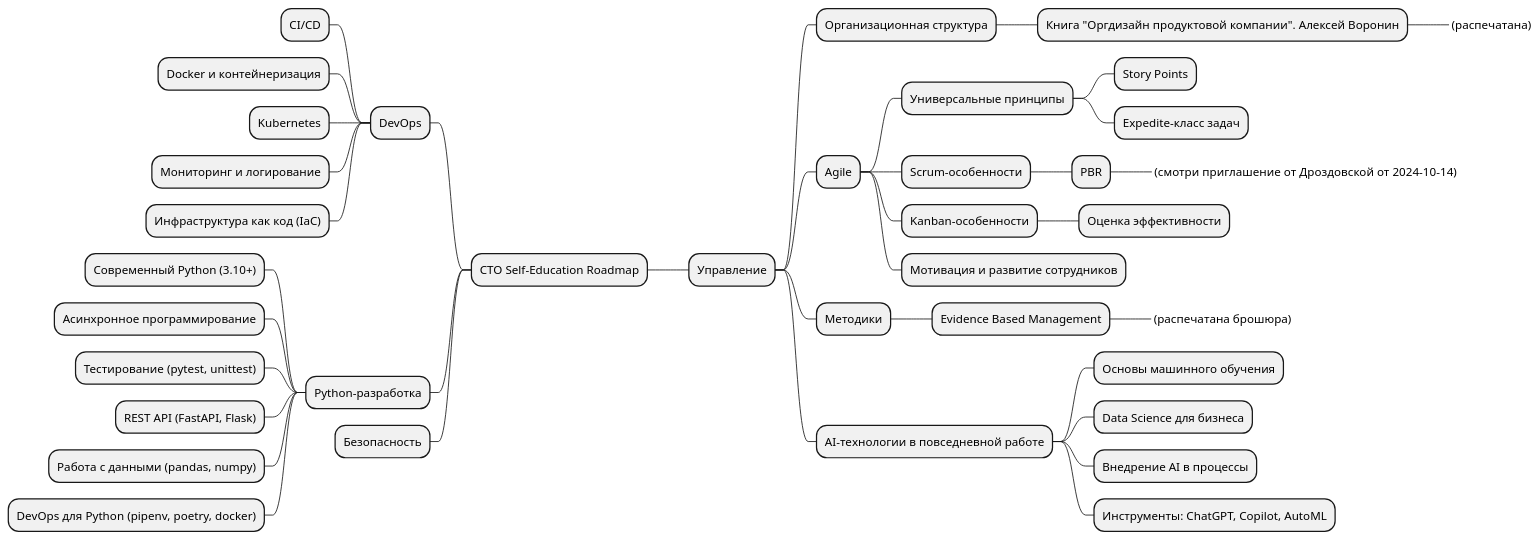
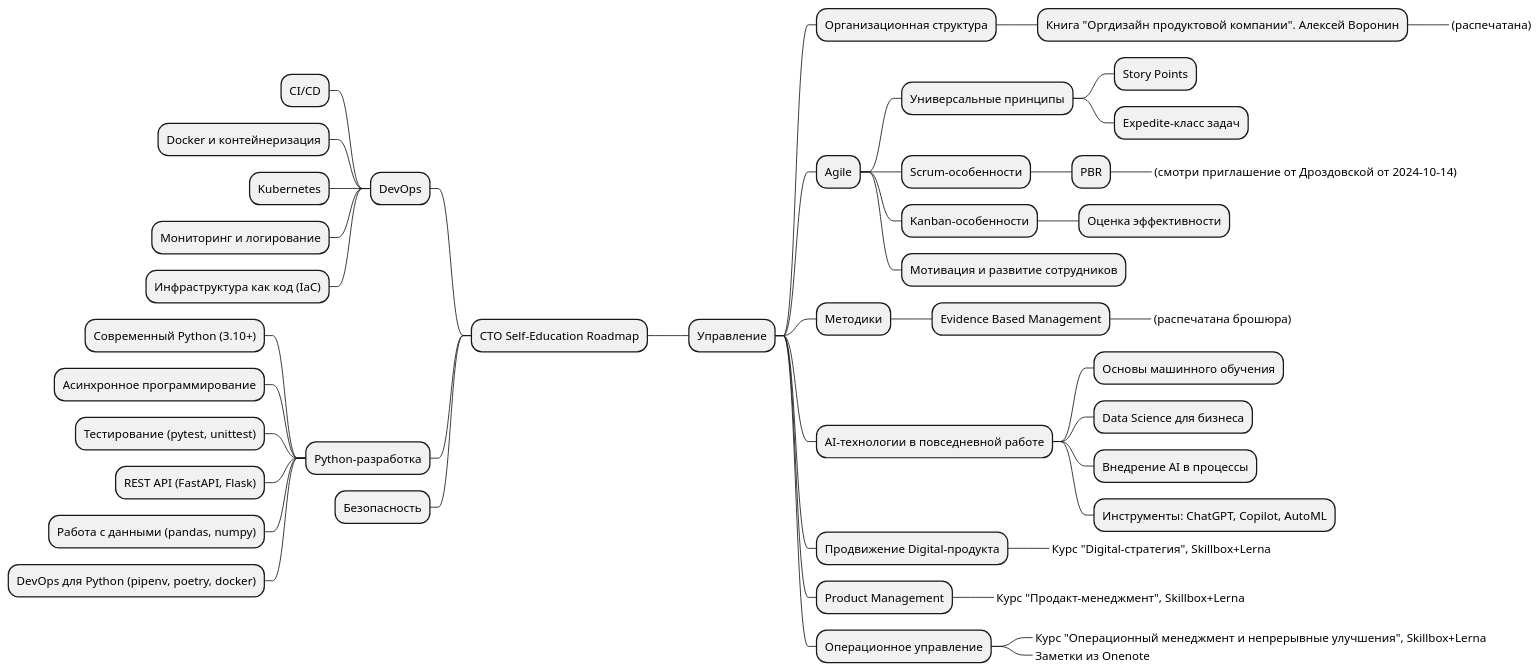
One commit to gennady-yun/gennady-yun changed the diagram in edu_roadmap.plantuml. Above: the diagram before and after it, drawn with PlantUML.

Commit message:
Добавил пункты по развитию менеджерских навыков с курсами от Lerna

```diff
--- a/edu_roadmap.plantuml
+++ b/edu_roadmap.plantuml
@@ -1,47 +1,59 @@
 @startmindmap CTO Roadmap
 + CTO Self-Education Roadmap
 
 ++ Управление
 
 +++ Организационная структура
 
 ++++ Книга "Оргдизайн продуктовой компании". Алексей Воронин
 +++++_  (распечатана)
 
 +++ Agile
 ++++ Универсальные принципы
 +++++ Story Points
 +++++ Expedite-класс задач
 ++++ Scrum-особенности
 +++++ PBR
 ++++++_ (смотри приглашение от Дроздовской от 2024-10-14)
 ++++ Kanban-особенности
 +++++ Оценка эффективности
 ++++ Мотивация и развитие сотрудников
 
 +++ Методики
+
 ++++ Evidence Based Management
 +++++_ (распечатана брошюра)
 
 +++ AI-технологии в повседневной работе
 ++++ Основы машинного обучения
 ++++ Data Science для бизнеса
 ++++ Внедрение AI в процессы
 ++++ Инструменты: ChatGPT, Copilot, AutoML
+
++++ Продвижение Digital-продукта
+++++_ Курс "Digital-стратегия", Skillbox+Lerna
+
++++ Product Management
+++++_ Курс "Продакт-менеджмент", Skillbox+Lerna
+
++++ Операционное управление
+++++_ Курс "Операционный менеджмент и непрерывные улучшения", Skillbox+Lerna
+++++_ Заметки из Onenote
+
 
 -- DevOps
 --- CI/CD
 --- Docker и контейнеризация
 --- Kubernetes
 --- Мониторинг и логирование
 --- Инфраструктура как код (IaC)
 -- Python-разработка
 --- Современный Python (3.10+)
 --- Асинхронное программирование
 --- Тестирование (pytest, unittest)
 --- REST API (FastAPI, Flask)
 --- Работа с данными (pandas, numpy)
 --- DevOps для Python (pipenv, poetry, docker)
 
 -- Безопасность
 @endmindmap
```
